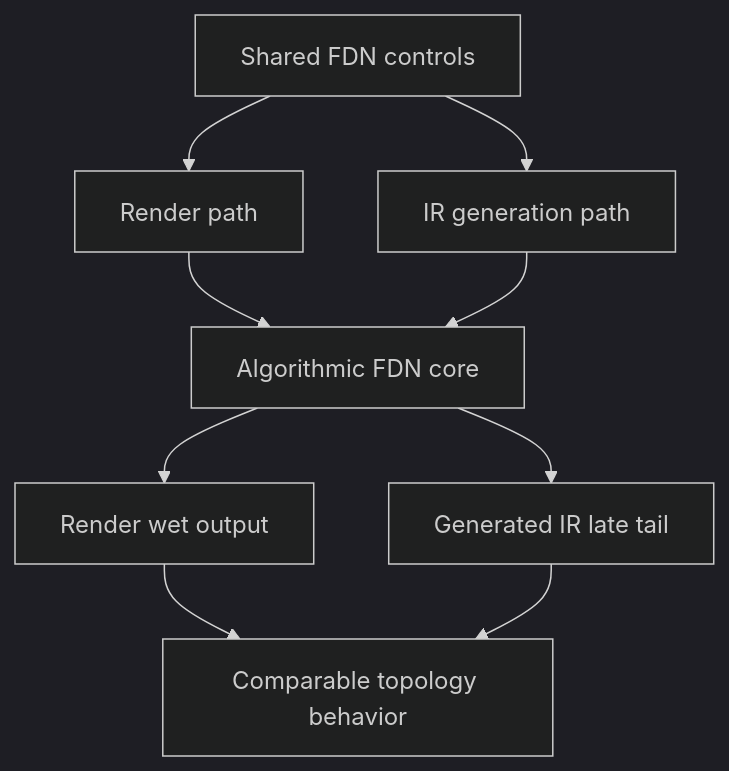
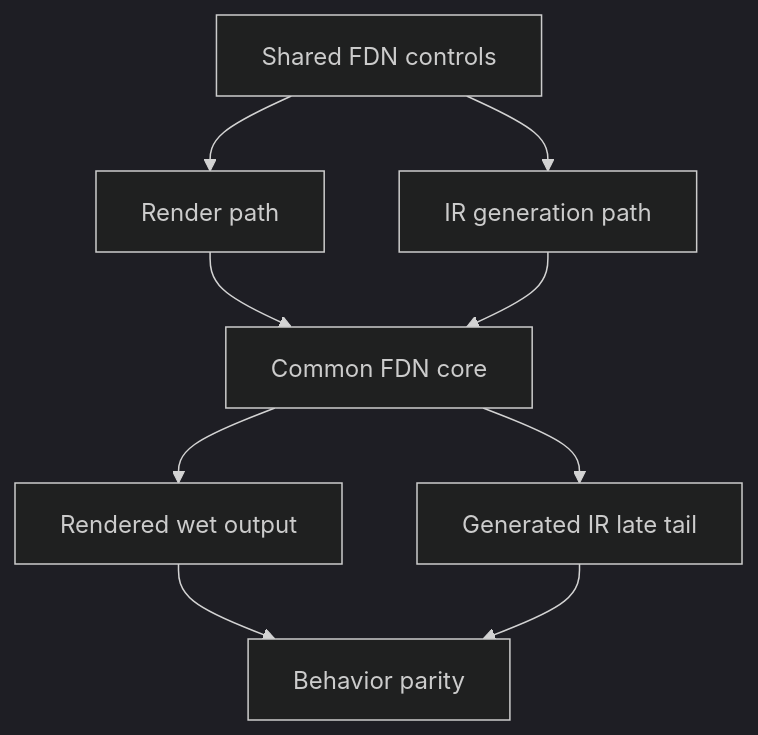
Before and after one commit to TheColby/verbx: the eighth of 15 diagrams in README.md, drawn with Mermaid (dark theme). The commit also changed other lines of this file, not shown here.

Commit message:
docs: improve FDN diagrams and add detailed DSP flow section

````diff
--- a/README.md
+++ b/README.md
@@ -1504,11 +1510,11 @@
 ```mermaid
 flowchart TD
-  A["Shared FDN controls"] --> B["Render path"]
-  A --> C["IR generation path"]
-  B --> D["Algorithmic FDN core"]
-  C --> D
-  D --> E["Render wet output"]
-  D --> F["Generated IR late tail"]
-  E --> G["Comparable topology behavior"]
-  F --> G
+  CTRL["Shared FDN controls"] --> RPATH["Render path"]
+  CTRL --> IPATH["IR generation path"]
+  RPATH --> CORE["Common FDN core"]
+  IPATH --> CORE
+  CORE --> ROUT["Rendered wet output"]
+  CORE --> IROUT["Generated IR late tail"]
+  ROUT --> PAR["Behavior parity"]
+  IROUT --> PAR
 ```
````
